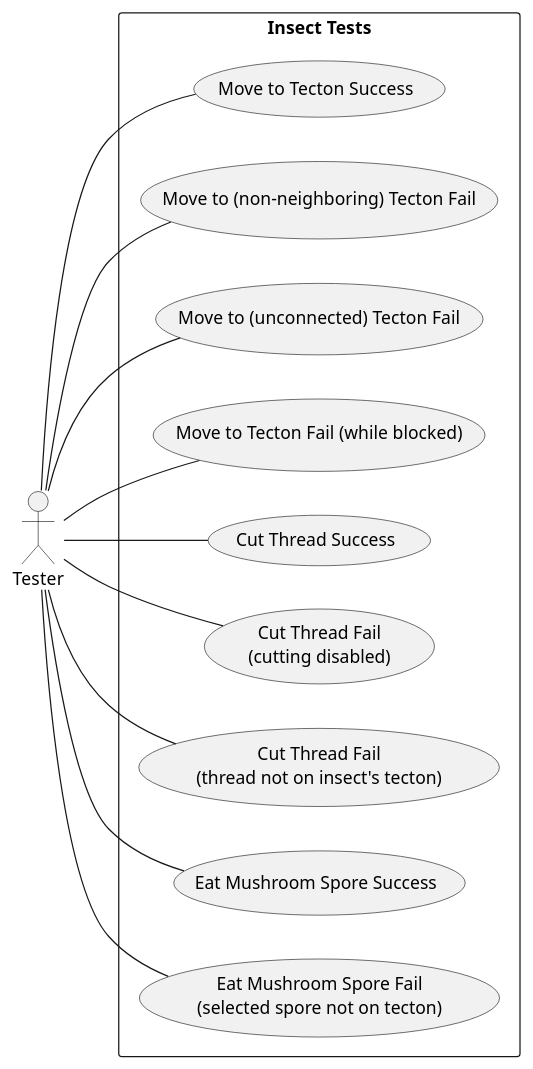
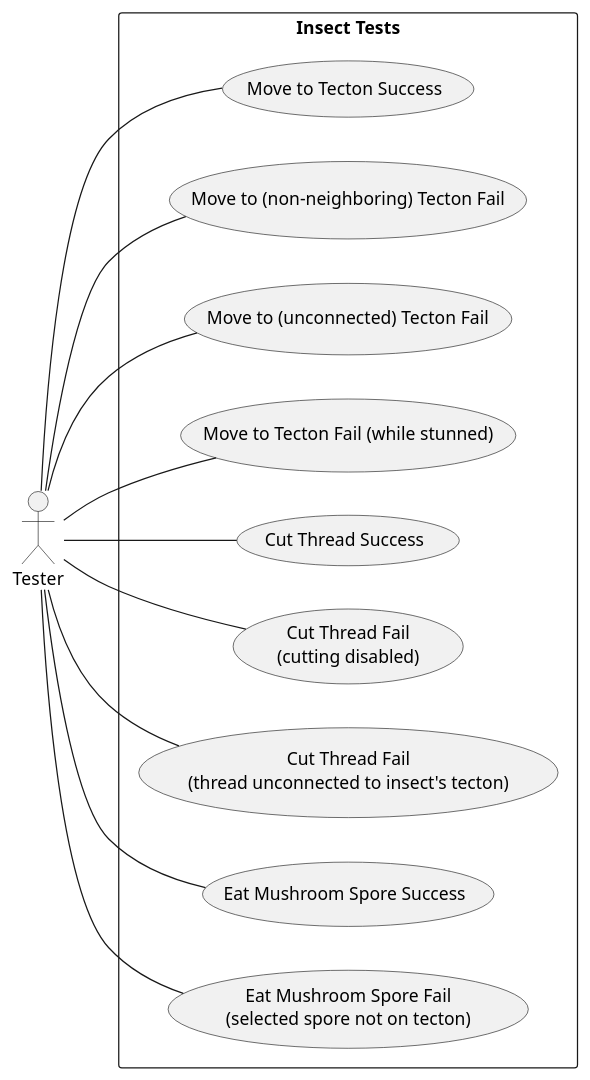
Before and after one commit to dzsem/projlab: the diagram in diagrams/testcase/insect.plantuml, drawn with PlantUML. The commit also changed 4 other files, not shown here.

Commit message:
Tweak and finish moveToTecton test cases

```diff
--- a/diagrams/testcase/insect.plantuml
+++ b/diagrams/testcase/insect.plantuml
@@ -1,30 +1,30 @@
 @startuml insectTestCases
 left to right direction
 
 actor "Tester" as t
 
 rectangle "Insect Tests" {
     usecase "Move to Tecton Success" as test1
 	usecase "Move to (non-neighboring) Tecton Fail" as test2
 	usecase "Move to (unconnected) Tecton Fail" as test3
-	usecase "Move to Tecton Fail (while blocked)" as test4
+	usecase "Move to Tecton Fail (while stunned)" as test4
 
 	usecase "Cut Thread Success" as test5
 	usecase "Cut Thread Fail\n(cutting disabled)" as test6
-	usecase "Cut Thread Fail\n(thread not on insect's tecton)" as test7
+	usecase "Cut Thread Fail\n(thread unconnected to insect's tecton)" as test7
 
 	usecase "Eat Mushroom Spore Success" as test8
 	usecase "Eat Mushroom Spore Fail\n(selected spore not on tecton)" as test9
 }
 
 t -- test1
 t -- test2
 t -- test3
 t -- test4
 t -- test5
 t -- test6
 t -- test7
 t -- test8
 t -- test9
 
 @enduml
```
